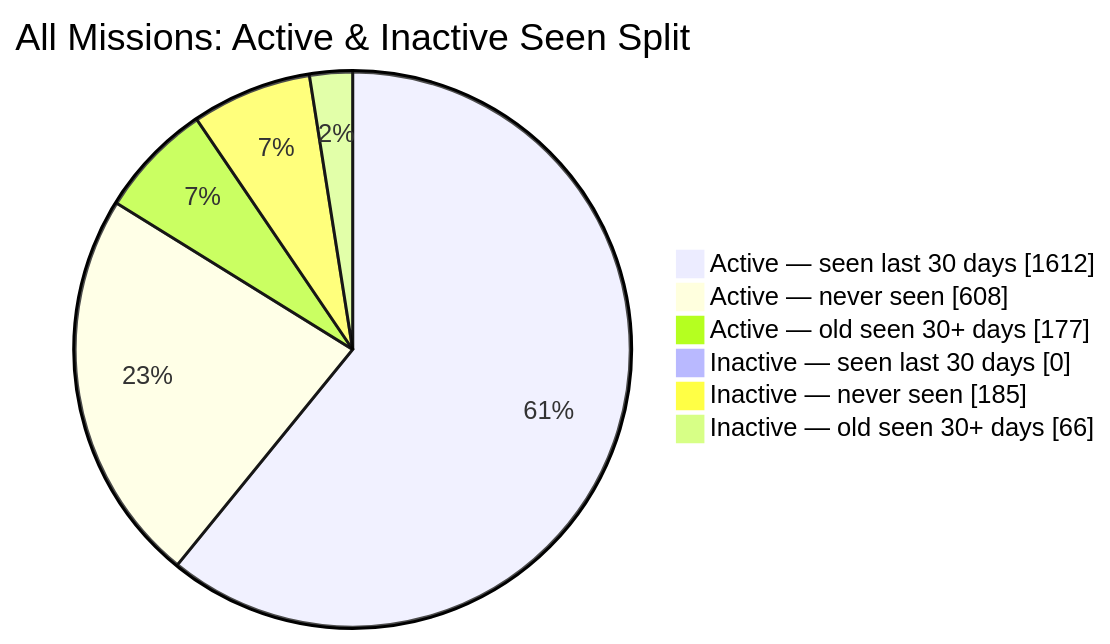
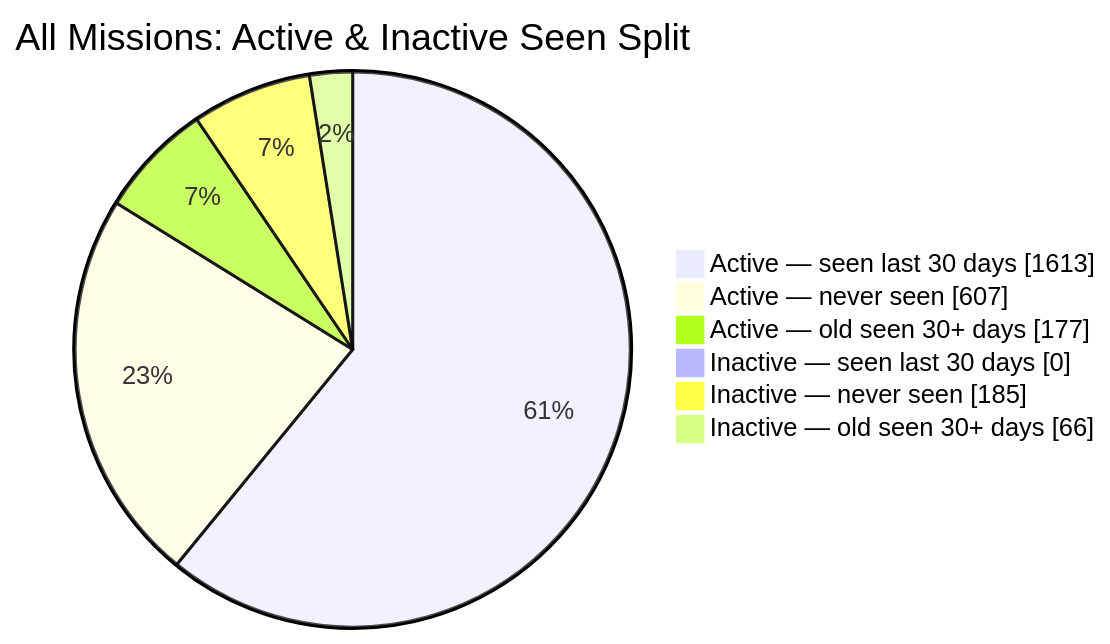
The second of 2 diagrams in README.md (MeldkamerspelGameTeam/active-missions), drawn with Mermaid before and after one commit. The commit also changed other lines of this file and 2 other files, not shown here.

````diff
--- a/README.md
+++ b/README.md
@@ -44,10 +44,10 @@
 ```mermaid
 pie showData
     title All Missions: Active & Inactive Seen Split
-    "Active — seen last 30 days" : 1612
-    "Active — never seen" : 608
+    "Active — seen last 30 days" : 1613
+    "Active — never seen" : 607
     "Active — old seen 30+ days" : 177
     "Inactive — seen last 30 days" : 0
     "Inactive — never seen" : 185
     "Inactive — old seen 30+ days" : 66
 ```
````
